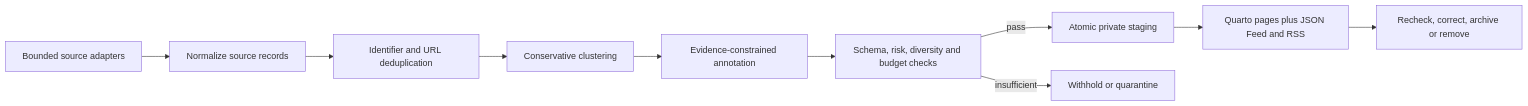
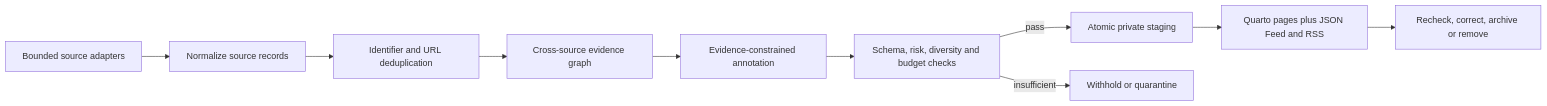
The diagram in docs/architecture.md (Andrewsudmant/CCL-Lab-Website), drawn with Mermaid before and after one commit. The commit also changed other lines of this file and 168 other files, not shown here.

````diff
--- a/docs/architecture.md
+++ b/docs/architecture.md
@@ -11,12 +11,12 @@
 ```mermaid
 flowchart LR
   A["Bounded source adapters"] --> B["Normalize source records"]
   B --> C["Identifier and URL deduplication"]
-  C --> D["Conservative clustering"]
+  C --> D["Cross-source evidence graph"]
   D --> E["Evidence-constrained annotation"]
   E --> F["Schema, risk, diversity and budget checks"]
   F -->|pass| G["Atomic private staging"]
   F -->|insufficient| H["Withhold or quarantine"]
   G --> I["Quarto pages plus JSON Feed and RSS"]
   I --> J["Recheck, correct, archive or remove"]
 ```
````
